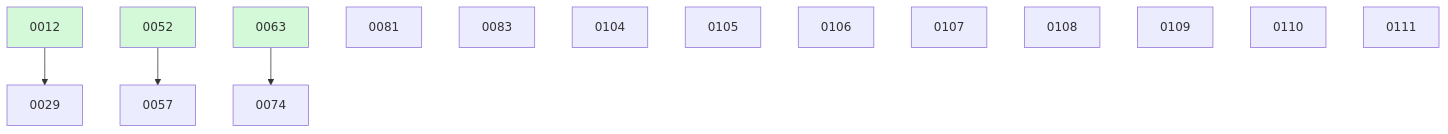
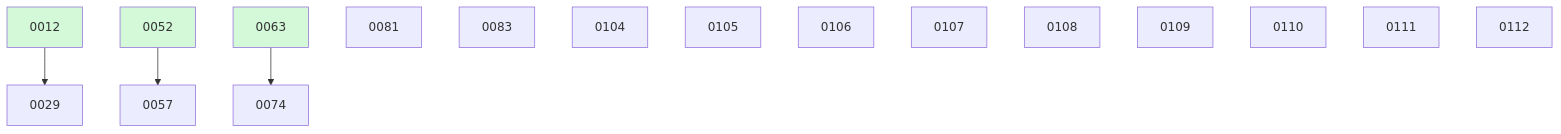
The diagram in docs/changes/BOARD.md (ethanhinson/fuse), drawn with Mermaid before and after one commit. The commit also changed other lines of this file and 1 other file, not shown here.

````diff
--- a/docs/changes/BOARD.md
+++ b/docs/changes/BOARD.md
@@ -33,20 +34,21 @@
 ```mermaid
 graph TD
   0012 --> 0029
   0052 --> 0057
   0063 --> 0074
   0081
   0083
   0104
   0105
   0106
   0107
   0108
   0109
   0110
   0111
+  0112
   0012:::done
   0052:::done
   0063:::done
   classDef done fill:#d3f9d8;
 ```
````
